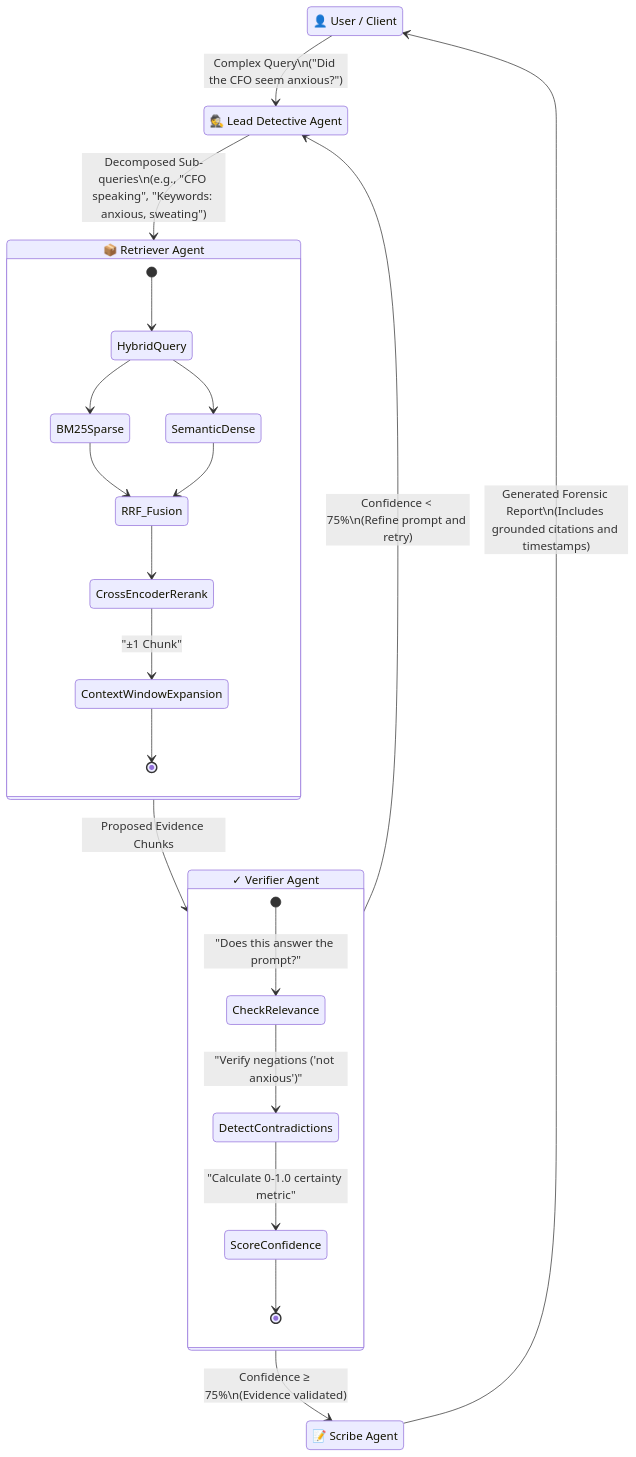
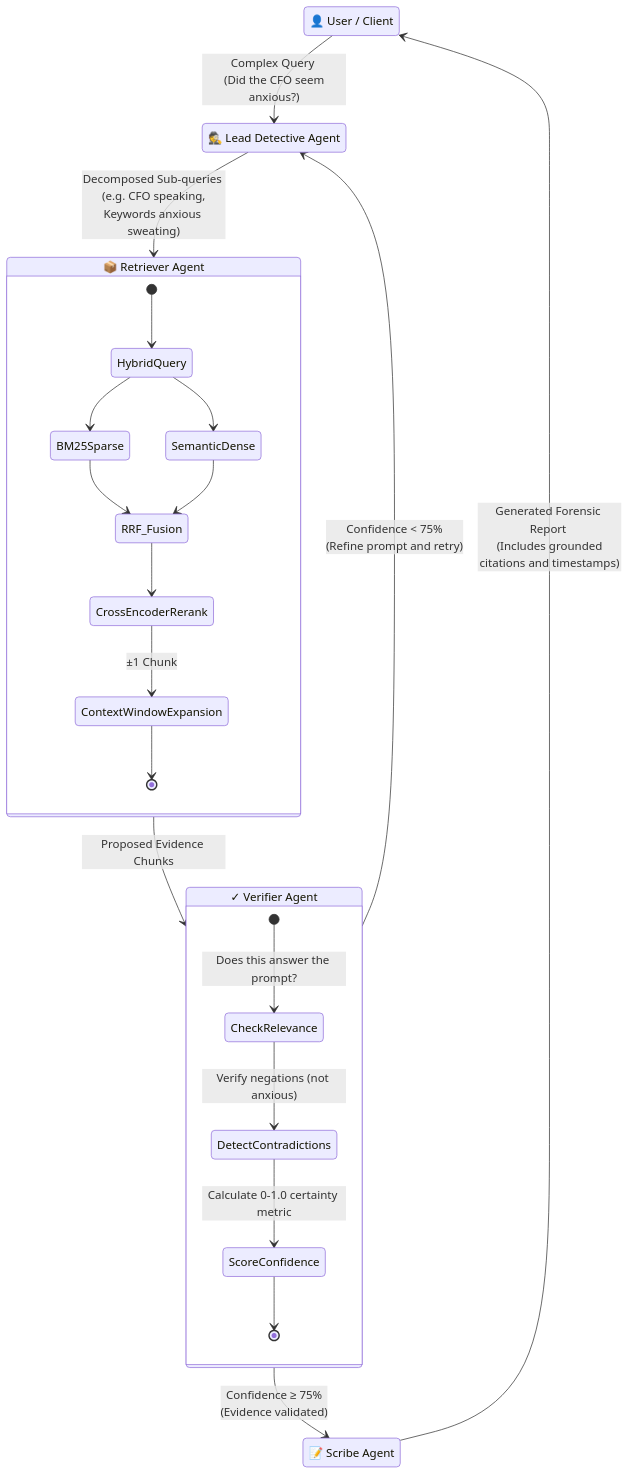
Before and after one commit to tsanhith/videntia: the third of 3 diagrams in README.md, drawn with Mermaid. The commit also changed other lines of this file, not shown here.

Commit message:
fix(docs): resolve mermaid diagram rendering errors on GitHub

````diff
--- a/README.md
+++ b/README.md
@@ -187,39 +187,39 @@
 ```mermaid
 stateDiagram-v2
     direction TB
     
     state "👤 User / Client" as User
     state "🕵️ Lead Detective Agent" as LeadDetective
     state "📦 Retriever Agent" as RetrieverAgent
     state "✓ Verifier Agent" as VerifierAgent
     state "📝 Scribe Agent" as ScribeAgent
     
-    User --> LeadDetective : Complex Query\n("Did the CFO seem anxious?")
+    User --> LeadDetective : Complex Query <br> (Did the CFO seem anxious?)
     
-    LeadDetective --> RetrieverAgent : Decomposed Sub-queries\n(e.g., "CFO speaking", "Keywords: anxious, sweating")
+    LeadDetective --> RetrieverAgent : Decomposed Sub-queries <br> (e.g. CFO speaking, Keywords anxious sweating)
     
     state RetrieverAgent {
         [*] --> HybridQuery
         HybridQuery --> BM25Sparse
         HybridQuery --> SemanticDense
         BM25Sparse --> RRF_Fusion
         SemanticDense --> RRF_Fusion
         RRF_Fusion --> CrossEncoderRerank
-        CrossEncoderRerank --> ContextWindowExpansion : "±1 Chunk"
+        CrossEncoderRerank --> ContextWindowExpansion : ±1 Chunk
         ContextWindowExpansion --> [*]
     }
     
     RetrieverAgent --> VerifierAgent : Proposed Evidence Chunks
     
     state VerifierAgent {
-        [*] --> CheckRelevance : "Does this answer the prompt?"
-        CheckRelevance --> DetectContradictions : "Verify negations ('not anxious')"
-        DetectContradictions --> ScoreConfidence : "Calculate 0-1.0 certainty metric"
+        [*] --> CheckRelevance : Does this answer the prompt?
+        CheckRelevance --> DetectContradictions : Verify negations (not anxious)
+        DetectContradictions --> ScoreConfidence : Calculate 0-1.0 certainty metric
         ScoreConfidence --> [*]
     }
     
-    VerifierAgent --> LeadDetective : Confidence < 75%\n(Refine prompt and retry)
-    VerifierAgent --> ScribeAgent : Confidence ≥ 75%\n(Evidence validated)
+    VerifierAgent --> LeadDetective : Confidence < 75% <br> (Refine prompt and retry)
+    VerifierAgent --> ScribeAgent : Confidence ≥ 75% <br> (Evidence validated)
     
-    ScribeAgent --> User : Generated Forensic Report\n(Includes grounded citations and timestamps)
+    ScribeAgent --> User : Generated Forensic Report <br> (Includes grounded citations and timestamps)
 ```
````
